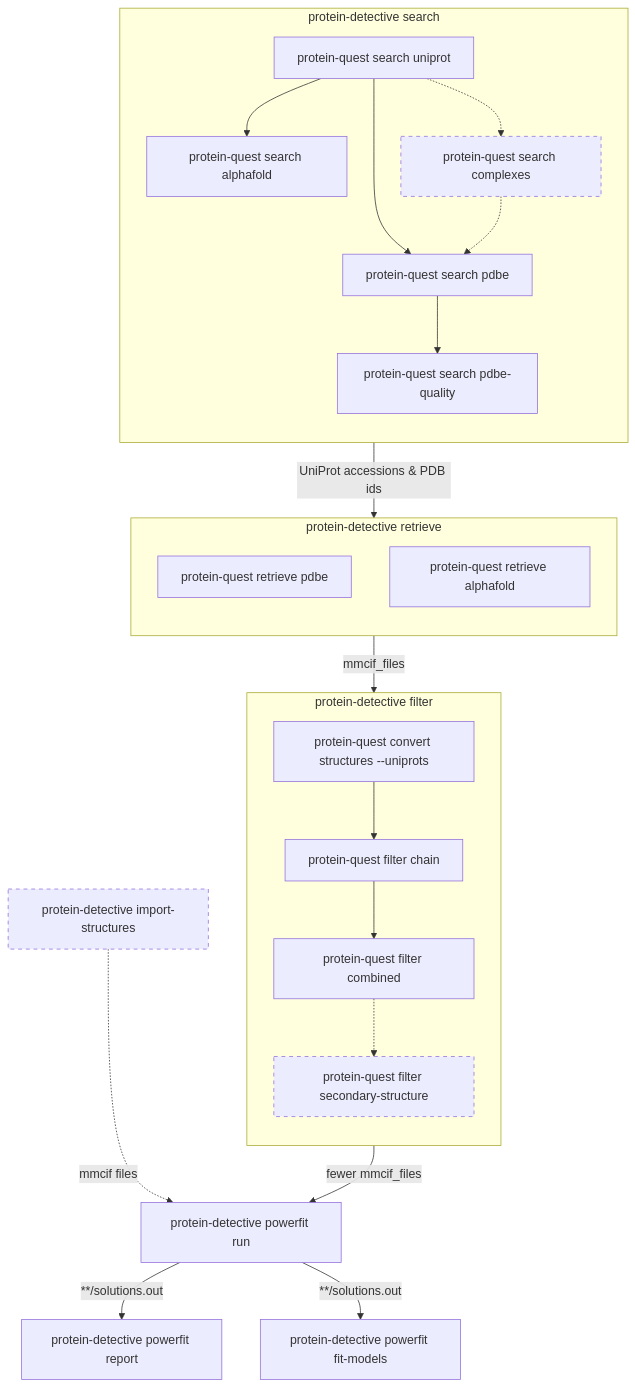
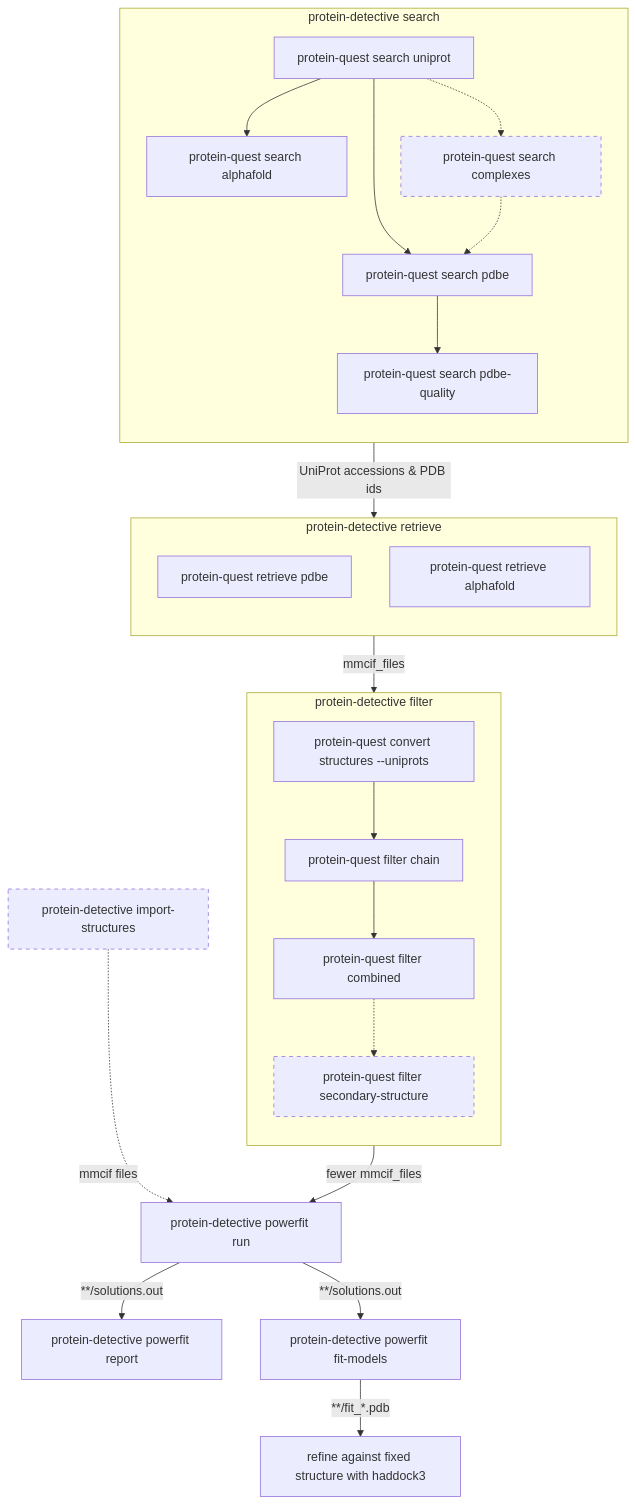
Before and after one commit to haddocking/protein-detective: the diagram in README.md, drawn with Mermaid. The commit also changed other lines of this file, not shown here.

Commit message:
Mention haddock3 and refine command in README

````diff
--- a/README.md
+++ b/README.md
@@ -37,45 +38,48 @@
 ```mermaid
 flowchart TB
     subgraph search [protein-detective search]
         direction TB
         S2[protein-quest search uniprot]
         S3[protein-quest search alphafold]
         S4[protein-quest search pdbe]
         S5[protein-quest search pdbe-quality]
         S6[protein-quest search complexes]
         S2 --> S3 & S4
         S4 --> S5
         S2 -.-> S6
         S6 -.-> S4
     end
     search -- "UniProt accessions & PDB ids" --> retrieve
 
     subgraph retrieve [protein-detective retrieve]
         direction TB
         R2[protein-quest retrieve pdbe]
         R3[protein-quest retrieve alphafold]
     end
     retrieve -- "mmcif_files" --> filter
 
     subgraph filter [protein-detective filter]
         direction TB
         F2[protein-quest convert structures --uniprots]
         F3[protein-quest filter chain]
         F4[protein-quest filter combined]
         F5[protein-quest filter secondary-structure]
         F2 --> F3 --> F4 -.-> F5
     end
     filter -- "fewer mmcif_files" --> P1[protein-detective powerfit run]
 
     I1[protein-detective import-structures]
     I1 -. "mmcif files" .-> P1
 
     E1[protein-detective powerfit report]
     M1[protein-detective powerfit fit-models]
     P1 -- "**/solutions.out" --> E1 & M1
 
+    R1[refine against fixed structure with haddock3]
+    M1 -- "**/fit_*.pdb" --> R1
+
     classDef dashedBorder stroke-dasharray: 5 5;
     S6:::dashedBorder
     F5:::dashedBorder
     I1:::dashedBorder
 ```
````
